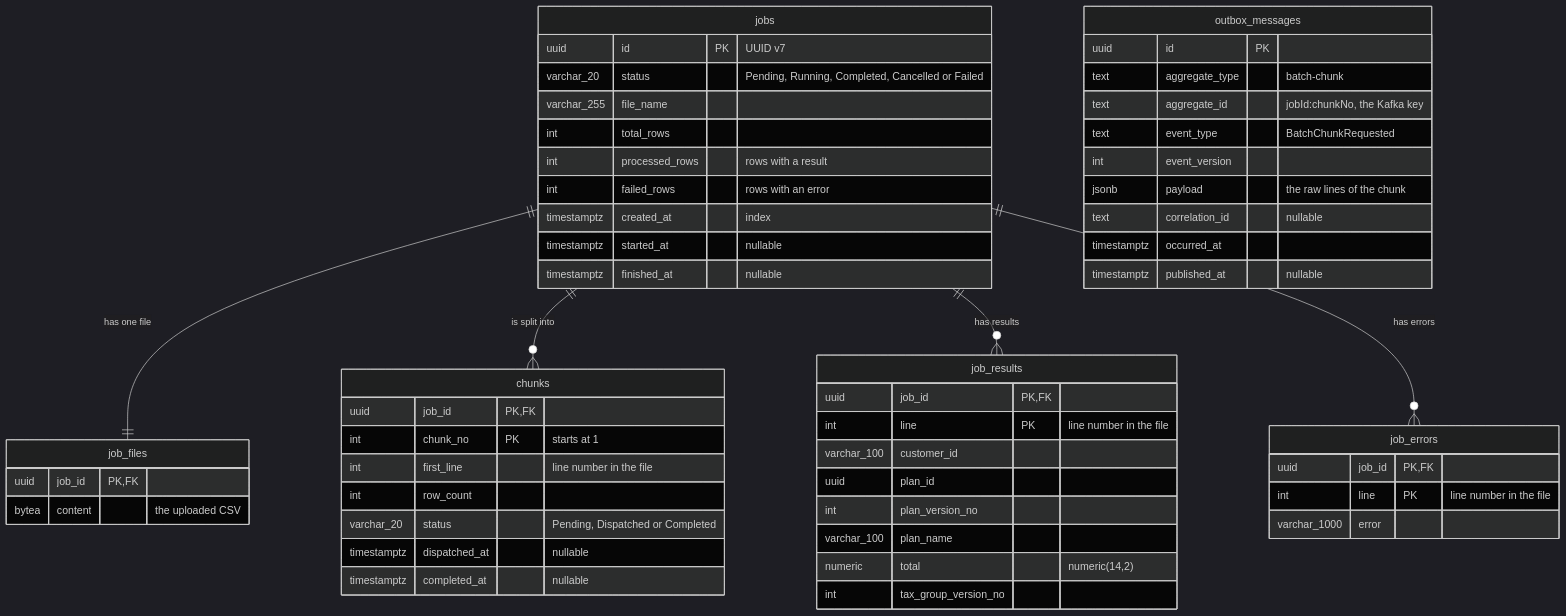
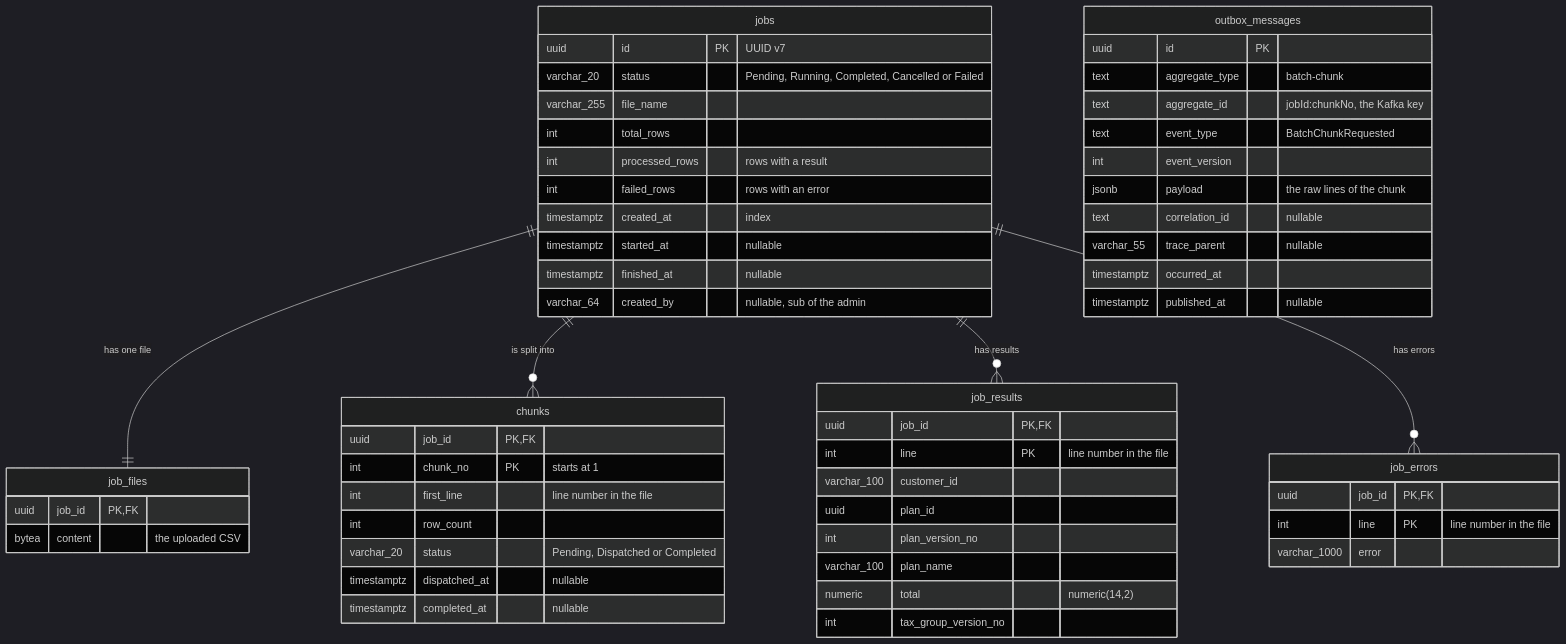
One commit to bratsale/gridwise changed the third of 3 diagrams in docs/architecture/data-model.md. Above: the diagram before and after it, drawn with Mermaid (dark theme). The commit also changed other lines of this file and 1 other file, not shown here.

Commit message:
docs: update data model and flows for identity, gateway and replay

````diff
--- a/docs/architecture/data-model.md
+++ b/docs/architecture/data-model.md
@@ -161,58 +166,60 @@
 ```mermaid
 erDiagram
     jobs ||--|| job_files : "has one file"
     jobs ||--o{ chunks : "is split into"
     jobs ||--o{ job_results : "has results"
     jobs ||--o{ job_errors : "has errors"
 
     jobs {
         uuid id PK "UUID v7"
         varchar_20 status "Pending, Running, Completed, Cancelled or Failed"
         varchar_255 file_name
         int total_rows
         int processed_rows "rows with a result"
         int failed_rows "rows with an error"
         timestamptz created_at "index"
         timestamptz started_at "nullable"
         timestamptz finished_at "nullable"
+        varchar_64 created_by "nullable, sub of the admin"
     }
     job_files {
         uuid job_id PK, FK
         bytea content "the uploaded CSV"
     }
     chunks {
         uuid job_id PK, FK
         int chunk_no PK "starts at 1"
         int first_line "line number in the file"
         int row_count
         varchar_20 status "Pending, Dispatched or Completed"
         timestamptz dispatched_at "nullable"
         timestamptz completed_at "nullable"
     }
     job_results {
         uuid job_id PK, FK
         int line PK "line number in the file"
         varchar_100 customer_id
         uuid plan_id
         int plan_version_no
         varchar_100 plan_name
         numeric total "numeric(14,2)"
         int tax_group_version_no
     }
     job_errors {
         uuid job_id PK, FK
         int line PK "line number in the file"
         varchar_1000 error
     }
     outbox_messages {
         uuid id PK
         text aggregate_type "batch-chunk"
         text aggregate_id "jobId:chunkNo, the Kafka key"
         text event_type "BatchChunkRequested"
         int event_version
         jsonb payload "the raw lines of the chunk"
         text correlation_id "nullable"
+        varchar_55 trace_parent "nullable"
         timestamptz occurred_at
         timestamptz published_at "nullable"
     }
 ```
````
